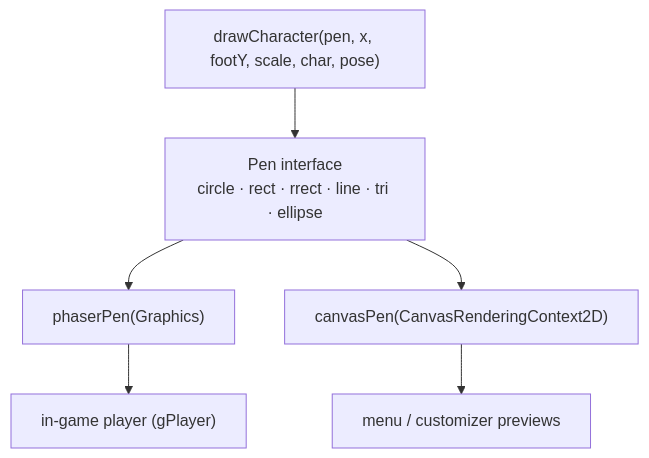
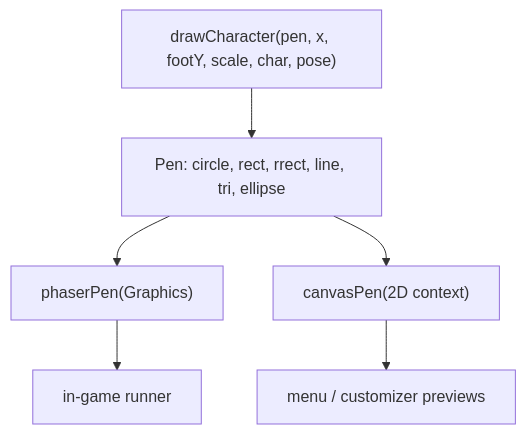
Before and after one commit to Kevin-Edwards57/avenue-run: the fourth of 7 diagrams in ARCHITECTURE.md, drawn with Mermaid. The commit also changed other lines of this file and 3 other files, not shown here.

Commit message:
docs: rewrite README and system architecture; stop tracking local tooling

````diff
--- a/ARCHITECTURE.md
+++ b/ARCHITECTURE.md
@@ -140,9 +120,9 @@
 ```mermaid
 flowchart TB
   DC["drawCharacter(pen, x, footY, scale, char, pose)"]
-  DC --> PEN["Pen interface<br/>circle · rect · rrect · line · tri · ellipse"]
+  DC --> PEN["Pen: circle, rect, rrect, line, tri, ellipse"]
   PEN --> PP["phaserPen(Graphics)"]
-  PEN --> CP["canvasPen(CanvasRenderingContext2D)"]
-  PP --> GAME["in-game player (gPlayer)"]
+  PEN --> CP["canvasPen(2D context)"]
+  PP --> GAME["in-game runner"]
   CP --> PREV["menu / customizer previews"]
 ```
````
